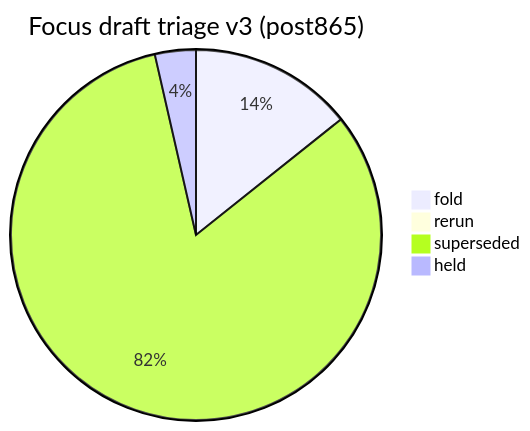
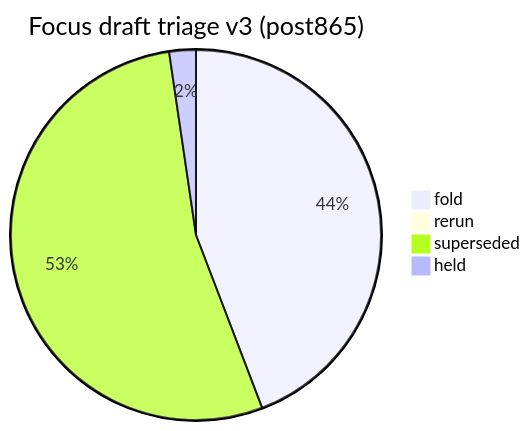
Before and after one commit to fuzzywigg/math-pentathlon: the first of 2 diagrams in docs/dev/open-draft-triage-post865-2026-10-10-v3.md, drawn with Mermaid. The commit also changed other lines of this file and 1 other file, not shown here.

````diff
--- a/docs/dev/open-draft-triage-post865-2026-10-10-v3.md
+++ b/docs/dev/open-draft-triage-post865-2026-10-10-v3.md
@@ -120,7 +120,7 @@
 ```mermaid
 pie title Focus draft triage v3 (post865)
-  "fold" : 4
+  "fold" : 19
   "rerun" : 0
   "superseded" : 23
   "held" : 1
 ```
````
